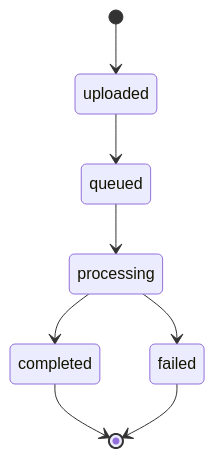
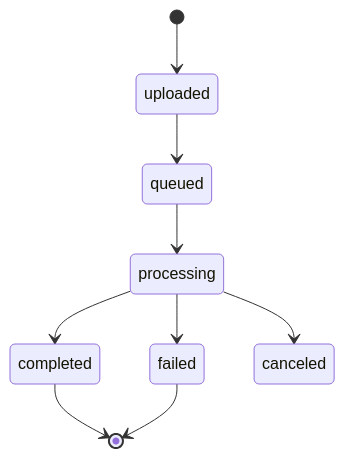
Before and after one commit to suhartx/neuroimagen-server-biocruces: the third of 4 diagrams in docs/architecture.md, drawn with Mermaid. The commit also changed other lines of this file and 10 other files, not shown here.

````diff
--- a/docs/architecture.md
+++ b/docs/architecture.md
@@ -189,10 +189,11 @@
 ```mermaid
 stateDiagram-v2
   [*] --> uploaded
   uploaded --> queued
   queued --> processing
   processing --> completed
   processing --> failed
+  processing --> canceled
   completed --> [*]
   failed --> [*]
 ```
````
